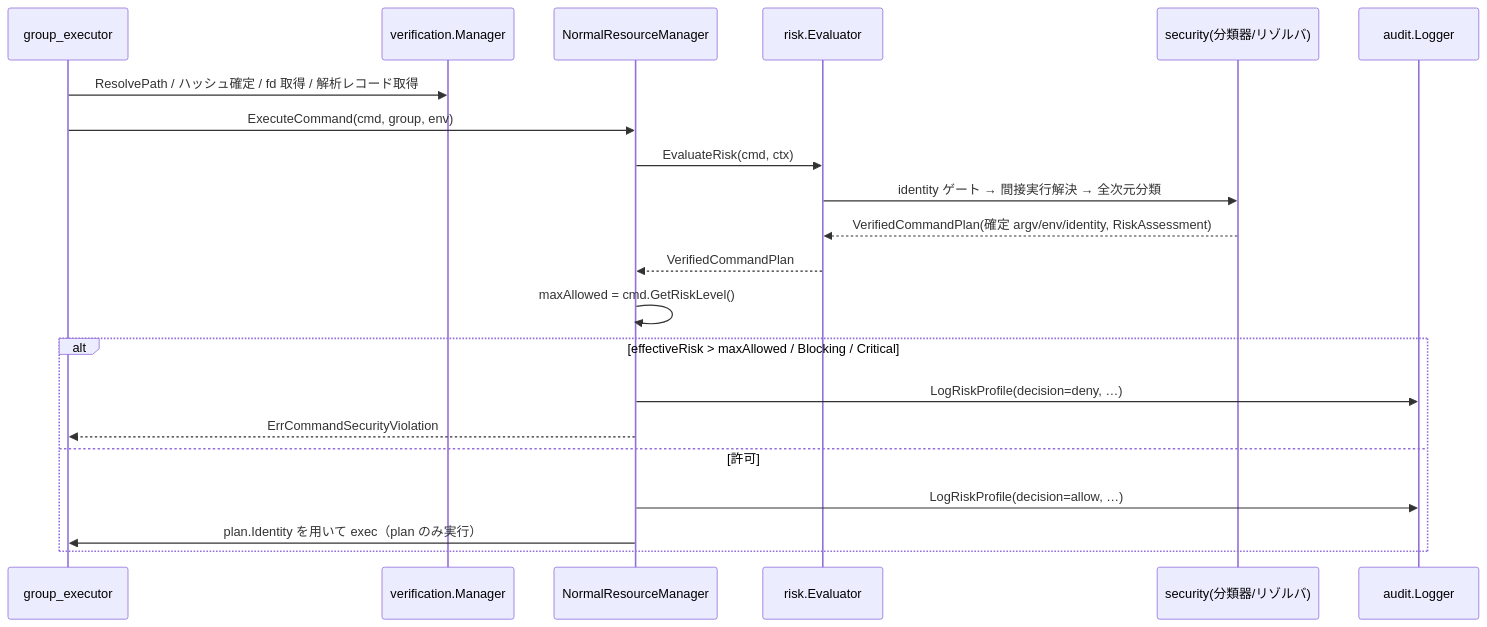
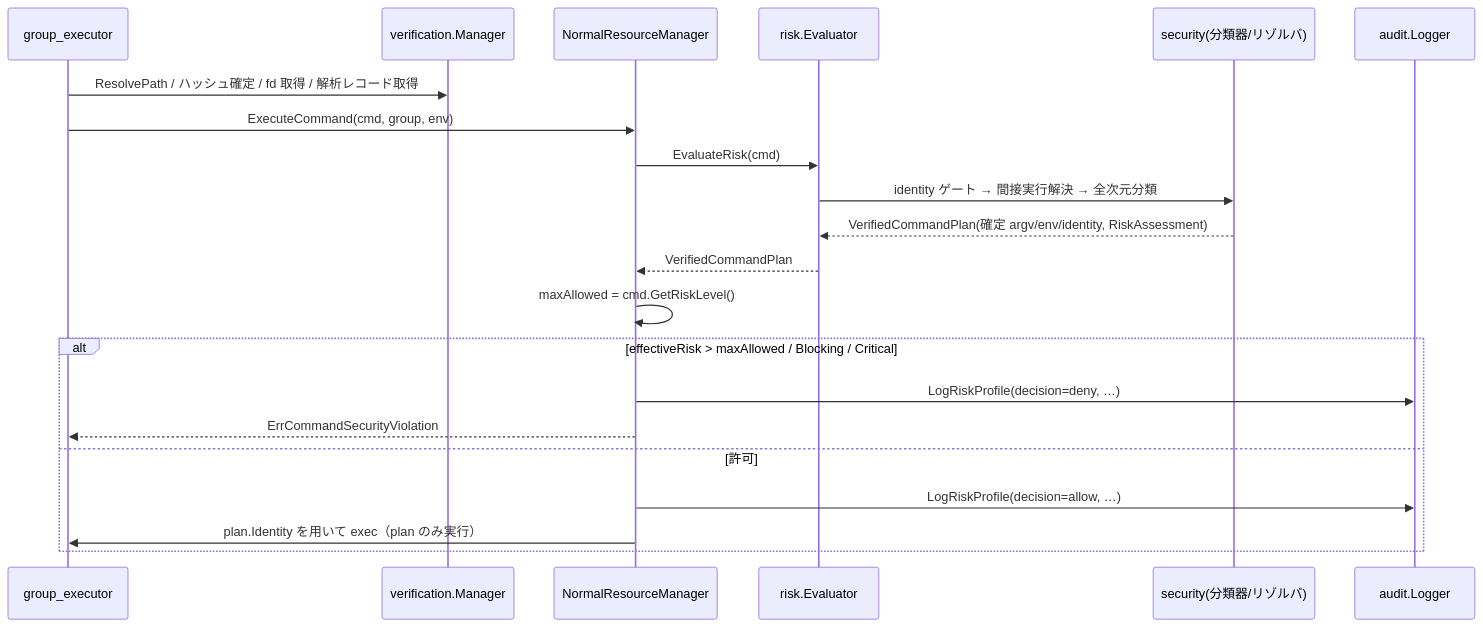
Before and after one commit to isseis/go-safe-cmd-runner: the seventh of 12 diagrams in docs/tasks/0136_runtime_risk_evaluation_enforcement/02_architecture.md, drawn with Mermaid. The commit also changed other lines of this file and 1 other file, not shown here.

````diff
--- a/docs/tasks/0136_runtime_risk_evaluation_enforcement/02_architecture.md
+++ b/docs/tasks/0136_runtime_risk_evaluation_enforcement/02_architecture.md
@@ -188,24 +188,24 @@
 ```mermaid
 sequenceDiagram
     participant GE as group_executor
     participant VM as verification.Manager
     participant RM as NormalResourceManager
     participant EV as risk.Evaluator
     participant SEC as security(分類器/リゾルバ)
     participant AL as audit.Logger
 
     GE->>VM: ResolvePath / ハッシュ確定 / fd 取得 / 解析レコード取得
     GE->>RM: ExecuteCommand(cmd, group, env)
-    RM->>EV: EvaluateRisk(cmd, ctx)
+    RM->>EV: EvaluateRisk(cmd)
     EV->>SEC: identity ゲート → 間接実行解決 → 全次元分類
     SEC-->>EV: VerifiedCommandPlan(確定 argv/env/identity, RiskAssessment)
     EV-->>RM: VerifiedCommandPlan
     RM->>RM: maxAllowed = cmd.GetRiskLevel()
     alt effectiveRisk > maxAllowed / Blocking / Critical
         RM->>AL: LogRiskProfile(decision=deny, …)
         RM-->>GE: ErrCommandSecurityViolation
     else 許可
         RM->>AL: LogRiskProfile(decision=allow, …)
         RM->>GE: plan.Identity を用いて exec（plan のみ実行）
     end
 ```
````
